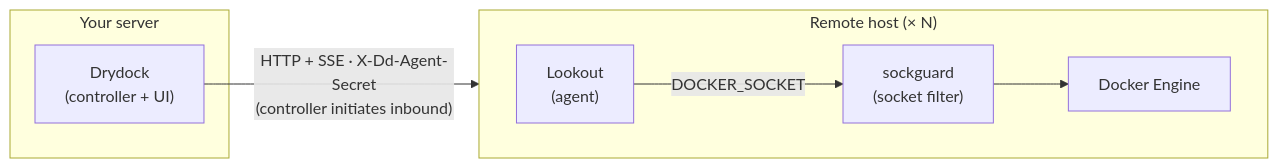
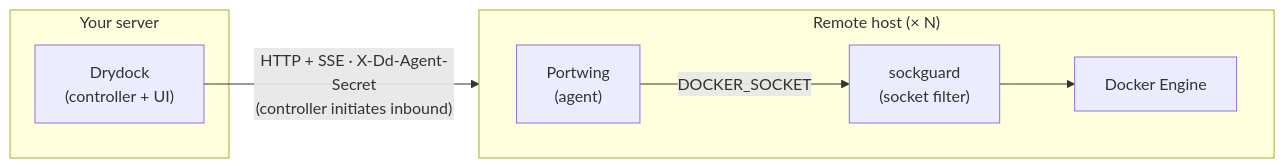
The first of 3 diagrams in SPEC.md (CodesWhat/portwing), drawn with Mermaid before and after one commit. The commit also changed other lines of this file and 125 other files, not shown here.

````diff
--- a/SPEC.md
+++ b/SPEC.md
@@ -9,16 +9,16 @@
 ```mermaid
 flowchart LR
     subgraph server ["Your server"]
         DD["Drydock<br/>(controller + UI)"]
     end
 
     subgraph host ["Remote host (× N)"]
         direction LR
-        LO["Lookout<br/>(agent)"]
+        LO["Portwing<br/>(agent)"]
         SG["sockguard<br/>(socket filter)"]
         DE["Docker Engine"]
         LO -- "DOCKER_SOCKET" --> SG --> DE
     end
 
     DD -- "HTTP + SSE · X-Dd-Agent-Secret<br/>(controller initiates inbound)" --> LO
 ```
````
